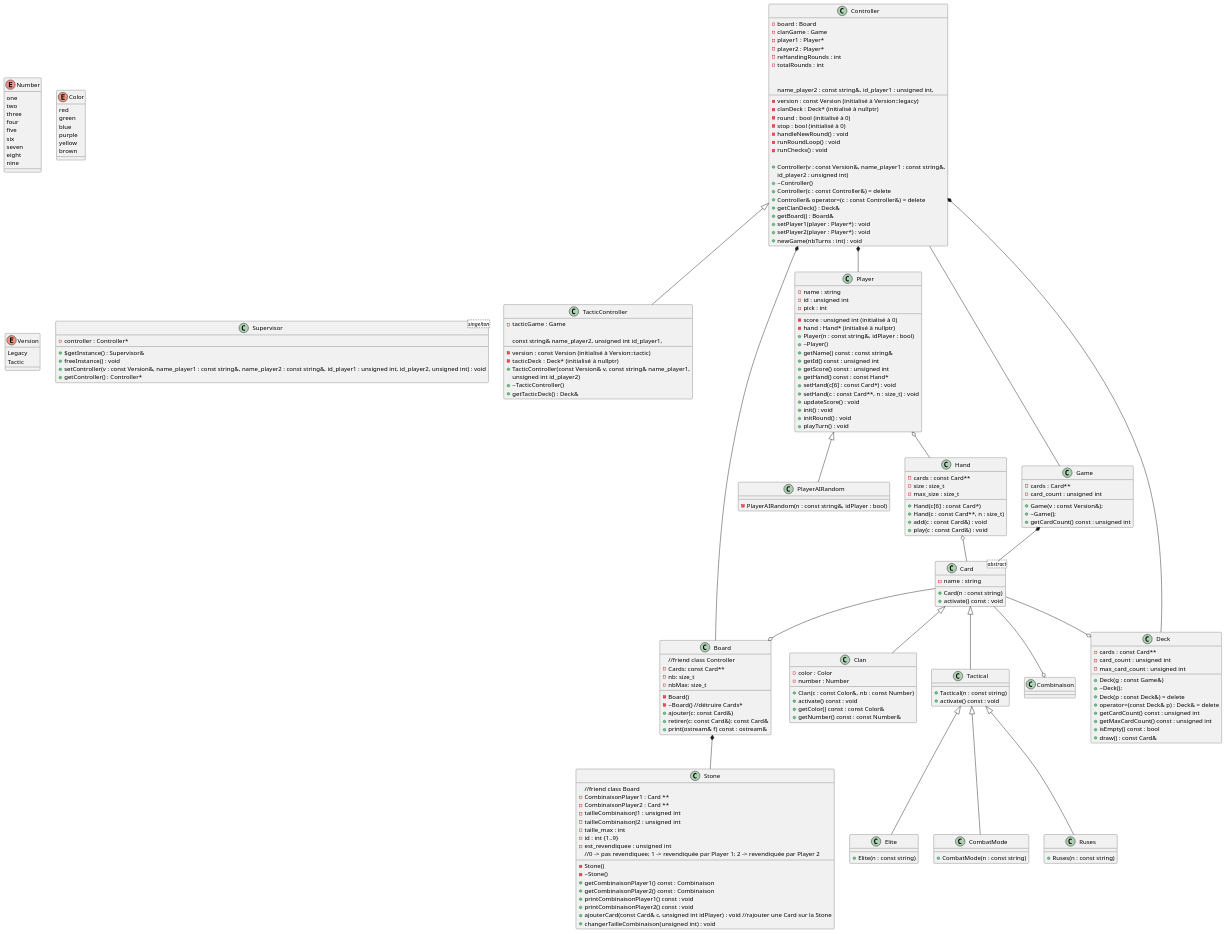
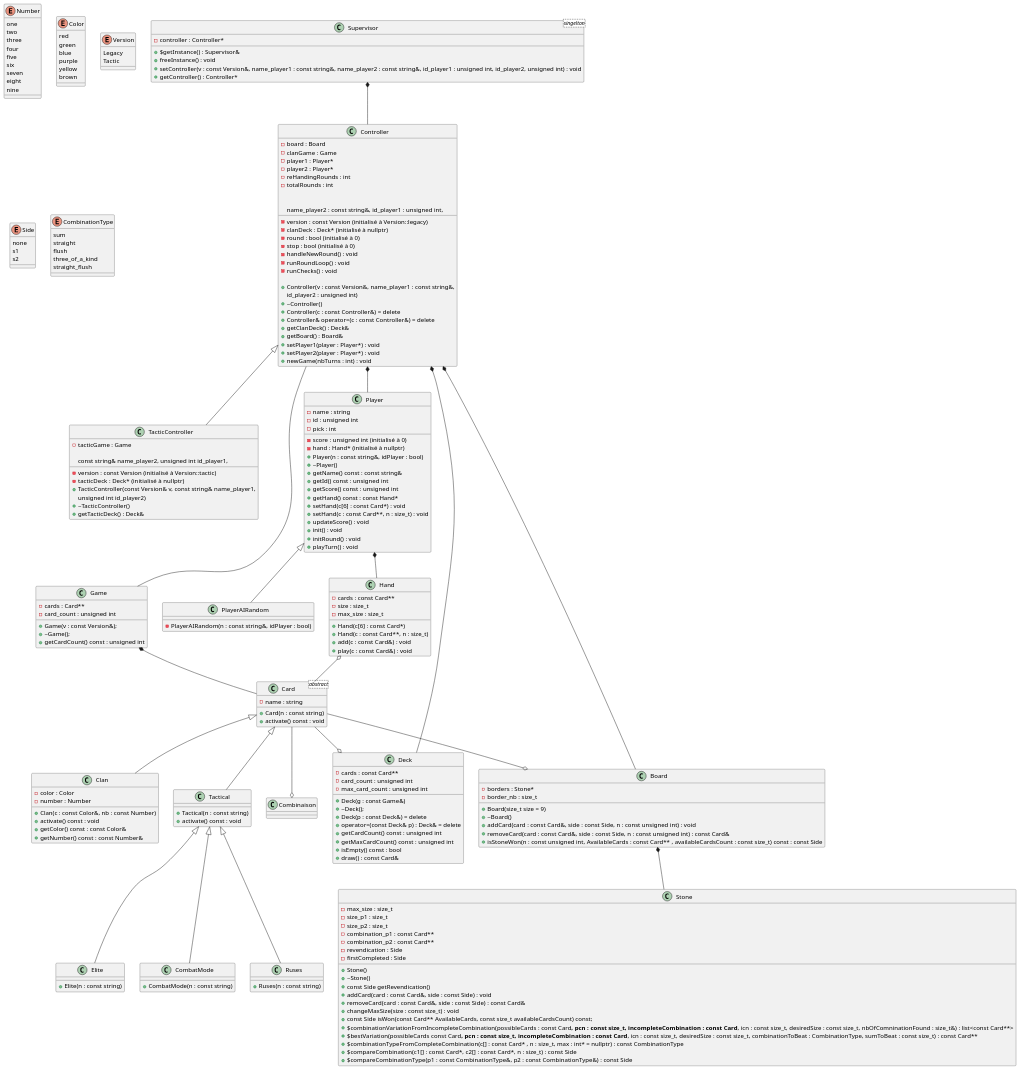
One commit to Ryustiel/LO21-Projet changed the diagram in uml.plantuml. Above: the diagram before and after it, drawn with PlantUML. The commit also changed 1 other file, not shown here.

Commit message:
Update UML + comment unused method Board

```diff
--- a/uml.plantuml
+++ b/uml.plantuml
@@ -1,7 +1,6 @@
 @startuml Hello
 
-'Où gérer le tour de Game ? -> Contrôleur ?
-'Parti pris : on ne peut pas changer de version du Schotten Totten entre les manches
+''' ENUMERATIONS '''
 enum Number {
     one 
     two
@@ -28,6 +27,22 @@
     Tactic
 }
 
+enum Side {
+    none
+    s1
+    s2
+}
+
+enum CombinationType {
+	sum
+	straight
+	flush
+	three_of_a_kind
+	straight_flush
+}
+
+
+''' CLASSES '''
 class Supervisor <singelton> {
     - controller : Controller* 
 
@@ -172,50 +187,39 @@
     + draw() : const Card&
 }
 
+class Stone {
+    - max_size : size_t
+	- size_p1 : size_t
+	- size_p2 : size_t
+	- combination_p1 : const Card**
+	- combination_p2 : const Card**
+	- revendication : Side
+	- firstCompleted : Side
 
-' À CORRIGER À PARTIR D'ICI
-
-'tous les enfants auront la méthode activation
-'activation() est une abstraction
+    + Stone()
+    + ~Stone()
+    + const Side getRevendication()
+    + addCard(card : const Card&, side : const Side) : void 
+    + removeCard(card : const Card&, side : const Side) : const Card& 
+	+ changeMaxSize(size : const size_t) : void
+    + const Side isWon(const Card** AvailableCards, const size_t availableCardsCount) const;
+	+ $combinationVariationFromIncompleteCombination(possibleCards : const Card**, pcn : const size_t, incompleteCombination : const Card**, icn : const size_t, desiredSize : const size_t, nbOfComninationFound : size_t&) : list<const Card**> 
+    + $bestVariation(possibleCards const Card**, pcn : const size_t, incompleteCombination : const Card**, icn : const size_t, desiredSize : const size_t, combinationToBeat : CombinationType, sumToBeat : const size_t) : const Card**
+    + $combinationTypeFromCompleteCombination(c[] : const Card* , n : size_t, max : int* = nullptr) : const CombinationType
+    + $compareCombination(c1[] : const Card*, c2[] : const Card*, n : size_t) : const Side
+    + $compareCombinationType(p1 : const CombinationType&, p2 : const CombinationType&) : const Side 
+}
 
 class Board {
-    //friend class Controller
-    - Cards: const Card**
-    - nb: size_t
-    - nbMax: size_t
+    - borders : Stone*
+	- border_nb : size_t
 
-    - Board()
-    - ~Board() //détruire Cards*
-    + ajouter(c: const Card&)
-    + retirer(c: const Card&): const Card&
-    + print(ostream& f) const : ostream&
+    + Board(size_t size = 9)
+    + ~Board()
+    + addCard(card : const Card&, side : const Side, n : const unsigned int) : void
+    + removeCard(card : const Card&, side : const Side, n : const unsigned int) : const Card&
+    + isStoneWon(n : const unsigned int, AvailableCards : const Card** , availableCardsCount : const size_t) const : const Side
 }
-
-class Stone {
-    //friend class Board
-    - CombinaisonPlayer1 : Card **
-    - CombinaisonPlayer2 : Card **
-    - tailleCombinaisonJ1 : unsigned int
-    - tailleCombinaisonJ2 : unsigned int
-    - taille_max : int
-    - id : int {1..9} 
-    - est_revendiquee : unsigned int
-    //0 -> pas revendiquee; 1 -> revendiquée par Player 1; 2 -> revendiquée par Player 2
-
-    - Stone()
-    - ~Stone()
-    + getCombinaisonPlayer1() const : Combinaison
-    + getCombinaisonPlayer2() const : Combinaison
-    + printCombinaisonPlayer1() const : void
-    + printCombinaisonPlayer2() const : void
-    + ajouterCard(const Card& c, unsigned int idPlayer) : void //rajouter une Card sur la Stone
-    + changerTailleCombinaison(unsigned int) : void
-
-    'Ou : CombinaisonPlayer1 : Card** // CombinaisonPlayer2 : Card**  (?)
-}
-
-
-
 
 
 ''' HERITAGES '''
@@ -232,23 +236,24 @@
 
 
 ''' RELATIONS '''
-Game *-- Card
-Board *-- Stone
-
-
-Card --o Deck
-Card --o Board
-Card --o Combinaison
-
-Player o-- Hand
-
-Hand o-- Card
-
+Supervisor *-- Controller
 
 Controller *-- Board
 Controller *-- Deck
 Controller *-- Player
 Controller -- Game
 
+Game *-- Card
+Board *-- Stone
+
+Card --o Deck
+Card --o Board
+Card --o Combinaison
+
+Player *-- Hand
+
+Hand o-- Card
+
+
 
 @enduml
```
